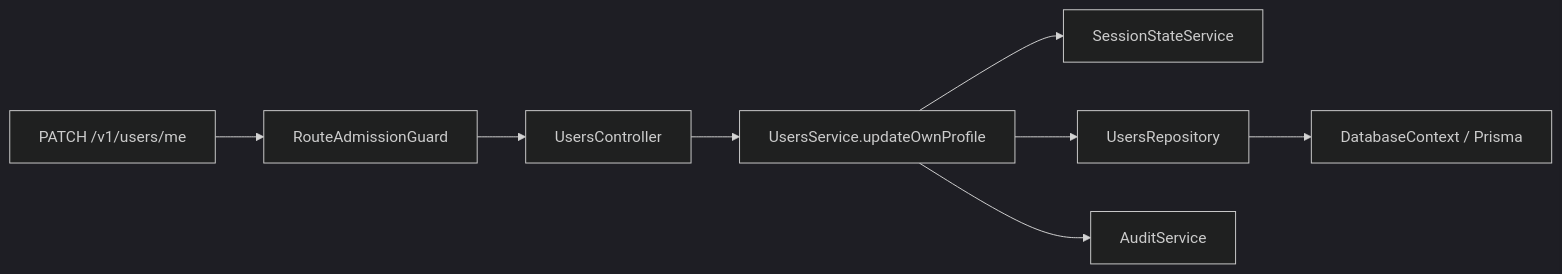
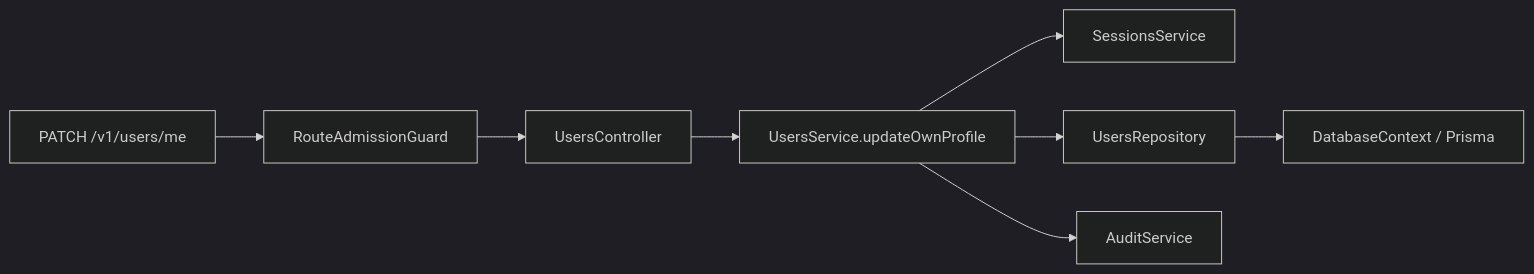
Before and after one commit to KasraK2K/nexora-platform-core: the diagram in docs/getting-started/project-tour.md, drawn with Mermaid (dark theme). The commit also changed other lines of this file and 167 other files, not shown here.

````diff
--- a/docs/getting-started/project-tour.md
+++ b/docs/getting-started/project-tour.md
@@ -25,10 +35,10 @@
 ```mermaid
 flowchart LR
-    Client["PATCH /v1/users/me"] --> Admission["RouteAdmissionGuard"]
-    Admission --> Controller["UsersController"]
+    Client["PATCH /v1/users/me"] --> Guard["RouteAdmissionGuard"]
+    Guard --> Controller["UsersController"]
     Controller --> Service["UsersService.updateOwnProfile"]
-    Service --> Session["SessionStateService"]
+    Service --> Sessions["SessionsService"]
     Service --> Repository["UsersRepository"]
     Repository --> Database["DatabaseContext / Prisma"]
     Service --> Audit["AuditService"]
 ```
````
